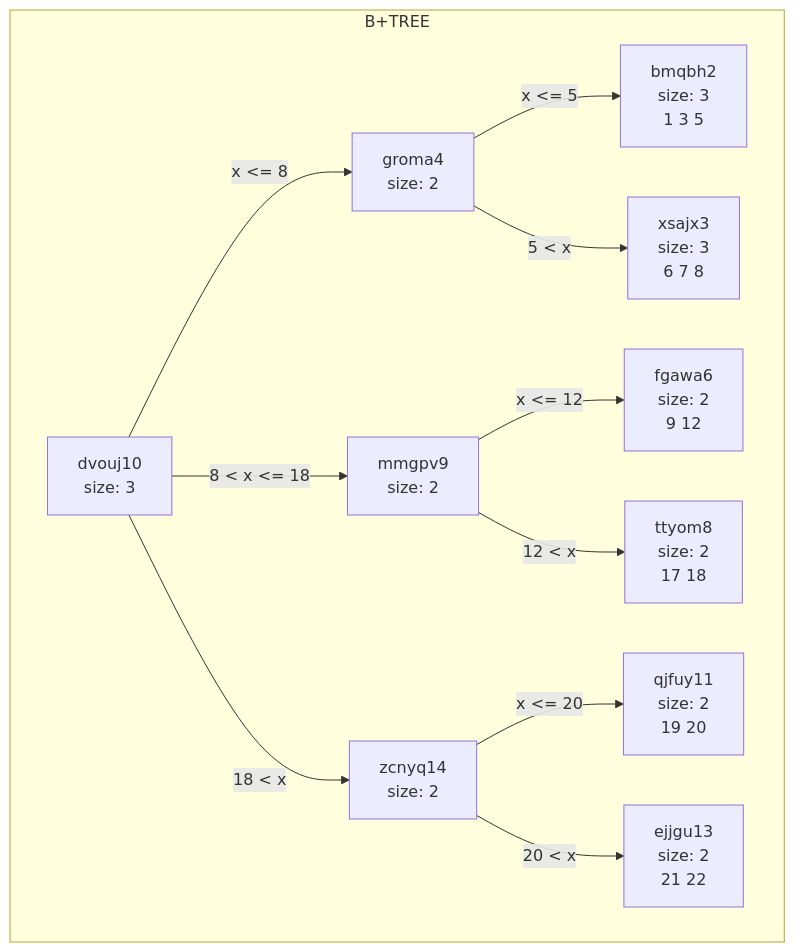
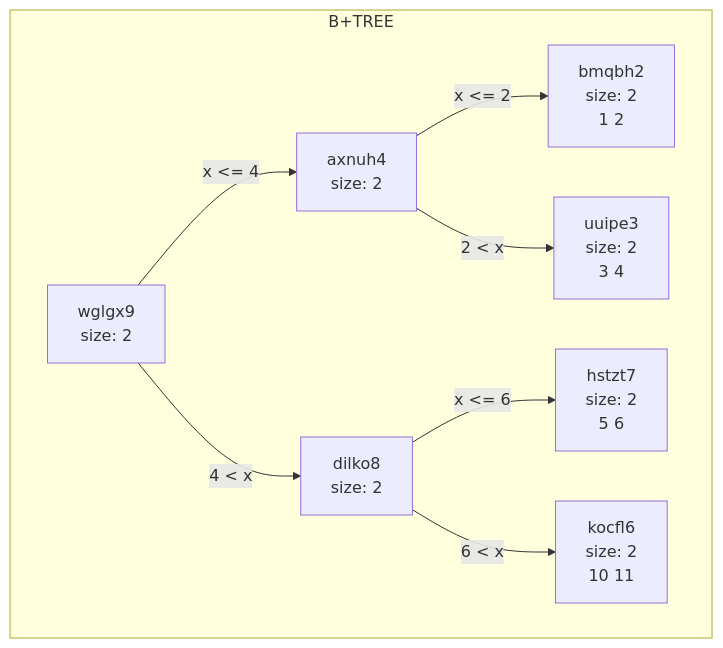
The first of 2 diagrams in data/chart.md (princevarshney05/BPTree), drawn with Mermaid before and after one commit. The commit also changed other lines of this file and 1 other file, not shown here.

Commit message:
Added next pointers to leaf node while splitting

````diff
--- a/data/chart.md
+++ b/data/chart.md
@@ -1,24 +1,18 @@
 ```mermaid
 graph TD
 subgraph B+TREE
-dvouj10[dvouj10<br/>size: 3<br/>]
-groma4[groma4<br/>size: 2<br/>]
-bmqbh2[bmqbh2<br/>size: 3<br/>1 3 5 ]
-groma4-->|x <= 5|bmqbh2
-xsajx3[xsajx3<br/>size: 3<br/>6 7 8 ]
-groma4-->|5 < x|xsajx3
-dvouj10-->|x <= 8|groma4
-mmgpv9[mmgpv9<br/>size: 2<br/>]
-fgawa6[fgawa6<br/>size: 2<br/>9 12 ]
-mmgpv9-->|x <= 12|fgawa6
-ttyom8[ttyom8<br/>size: 2<br/>17 18 ]
-mmgpv9-->|12 < x|ttyom8
-dvouj10-->|8 < x <= 18|mmgpv9
-zcnyq14[zcnyq14<br/>size: 2<br/>]
-qjfuy11[qjfuy11<br/>size: 2<br/>19 20 ]
-zcnyq14-->|x <= 20|qjfuy11
-ejjgu13[ejjgu13<br/>size: 2<br/>21 22 ]
-zcnyq14-->|20 < x|ejjgu13
-dvouj10-->|18 < x|zcnyq14
+wglgx9[wglgx9<br/>size: 2<br/>]
+axnuh4[axnuh4<br/>size: 2<br/>]
+bmqbh2[bmqbh2<br/>size: 2<br/>1 2 ]
+axnuh4-->|x <= 2|bmqbh2
+uuipe3[uuipe3<br/>size: 2<br/>3 4 ]
+axnuh4-->|2 < x|uuipe3
+wglgx9-->|x <= 4|axnuh4
+dilko8[dilko8<br/>size: 2<br/>]
+hstzt7[hstzt7<br/>size: 2<br/>5 6 ]
+dilko8-->|x <= 6|hstzt7
+kocfl6[kocfl6<br/>size: 2<br/>10 11 ]
+dilko8-->|6 < x|kocfl6
+wglgx9-->|4 < x|dilko8
 end
 ```
````
